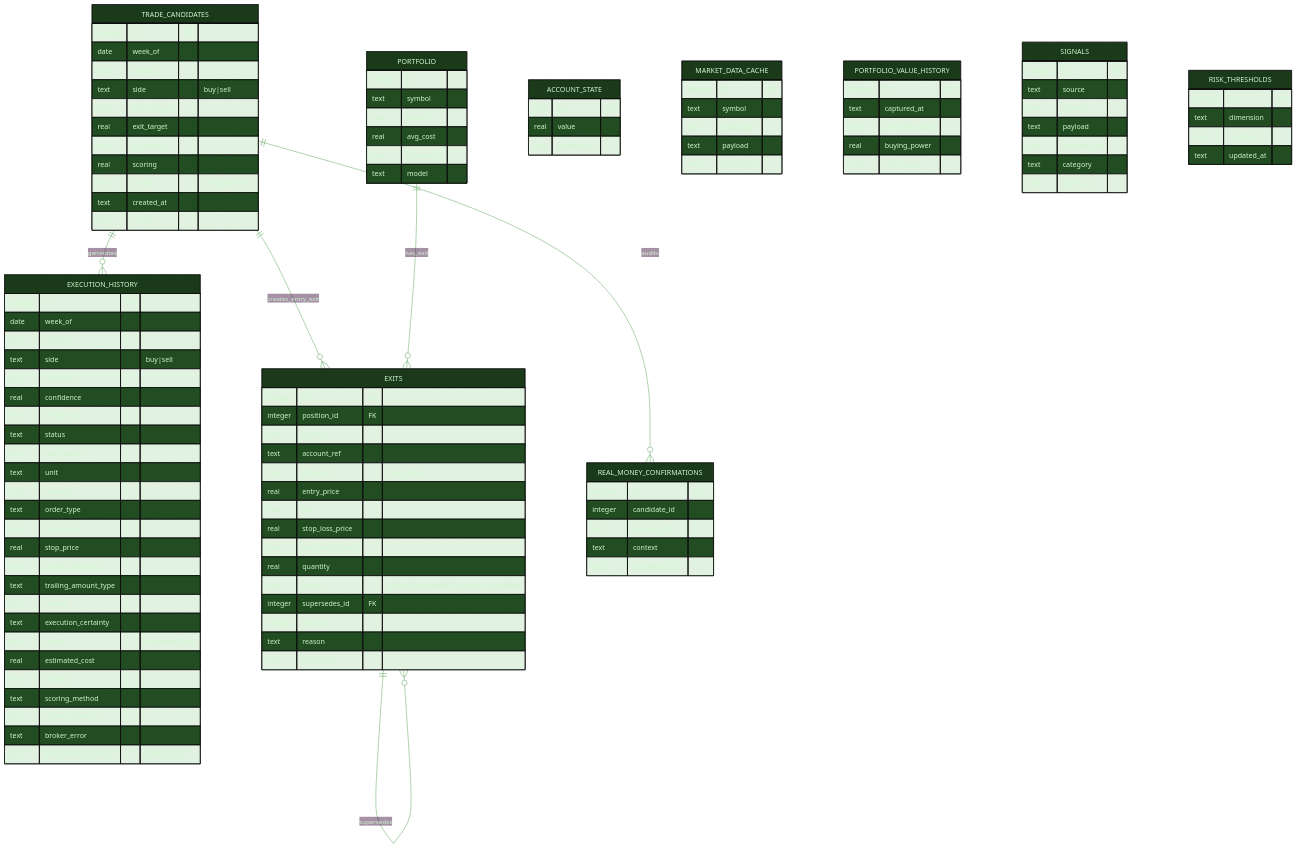
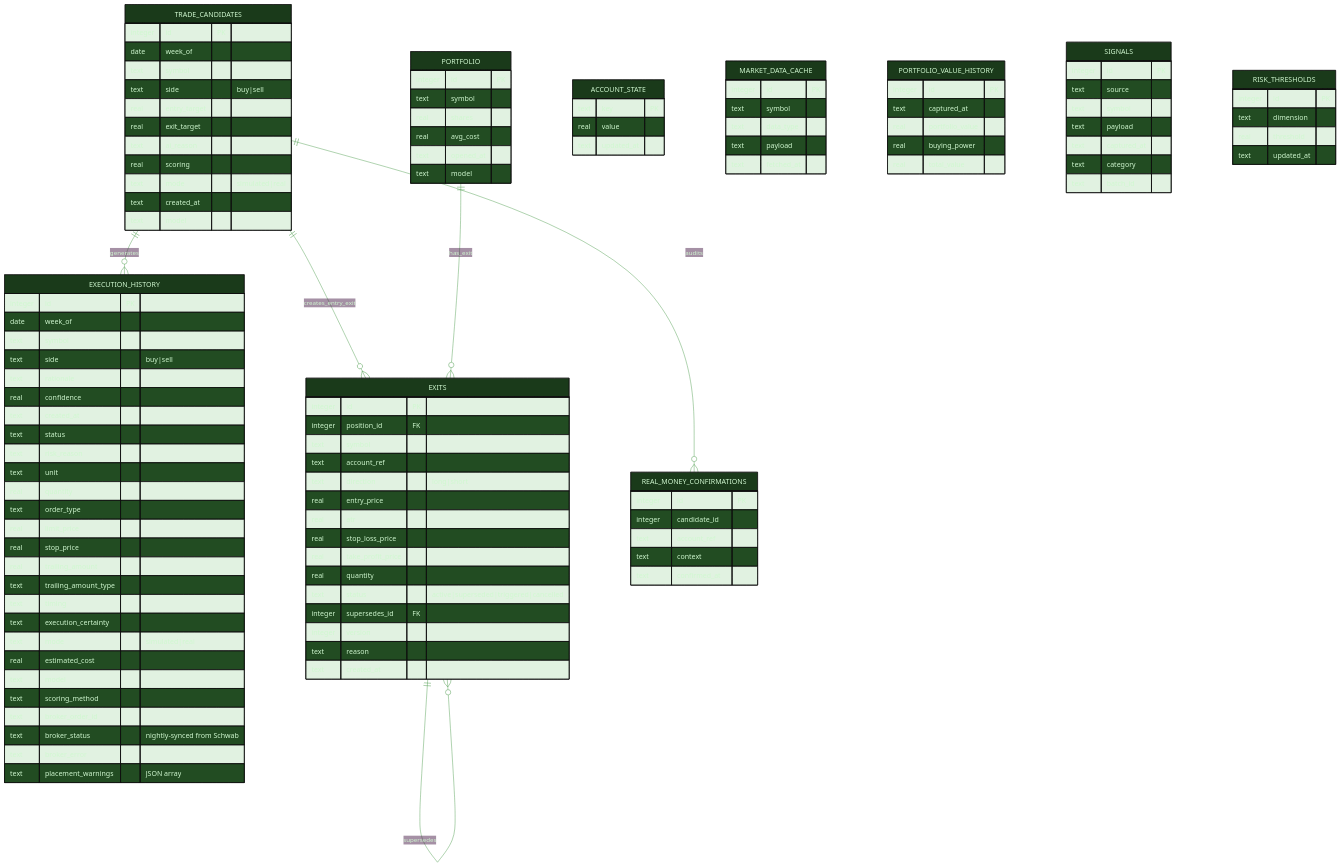
The diagram in diagrams/capital-db-schema.mmd (tylerdrakemusic/-Workspace), drawn with Mermaid before and after one commit. The commit also changed 1 other file, not shown here.

Commit message:
FR-20260803-sigmacapital-order-reconciliation: update arch diagrams
- capital-db-schema.mmd: add broker_status column to execution_history
- capital-architecture.mmd: add reconcile_orders.py nightly process node

```diff
--- a/diagrams/capital-db-schema.mmd
+++ b/diagrams/capital-db-schema.mmd
@@ -1,127 +1,128 @@
 %%{init: {'theme': 'base', 'themeVariables': {'primaryColor': '#1a3a1a', 'primaryTextColor': '#d0f8d0', 'edgeLabelBackground': '#0f1318', 'lineColor': '#4a9a4a'}}}%%
 erDiagram
     TRADE_CANDIDATES ||--o{ EXECUTION_HISTORY : generates
     TRADE_CANDIDATES ||--o{ EXITS : creates_entry_exit
     PORTFOLIO ||--o{ EXITS : has_exit
     EXITS ||--o{ EXITS : supersedes
     TRADE_CANDIDATES ||--o{ REAL_MONEY_CONFIRMATIONS : audits
 
     PORTFOLIO {
         integer id PK
         text symbol
         real shares
         real avg_cost
         text opened_at
         text model
     }
     ACCOUNT_STATE {
         text key PK
         real value
         text updated_at
     }
     EXECUTION_HISTORY {
         integer id PK
         date week_of
         text symbol
         text side "buy|sell"
         text rationale
         real confidence
         text created_at
         text status
         text risk_reason
         text unit
         real quantity
         text order_type
         real limit_price
         real stop_price
         real trailing_amount
         text trailing_amount_type
         text timing
         text execution_certainty
         text mode "simulated|real"
         real estimated_cost
         text model
         text scoring_method
         text broker_order_id
+        text broker_status "nightly-synced from Schwab"
         text broker_error
         text placement_warnings "JSON array"
     }
     MARKET_DATA_CACHE {
         integer id PK
         text symbol
         text data_type
         text payload
         text fetched_at
     }
     PORTFOLIO_VALUE_HISTORY {
         integer id PK
         text captured_at
         real portfolio_value
         real buying_power
         real total_value
     }
     SIGNALS {
         integer id PK
         text source
         text symbol
         text payload
         text captured_at
         text category
         text batch_id
     }
     RISK_THRESHOLDS {
         integer id PK
         text dimension
         real threshold
         text updated_at
     }
     TRADE_CANDIDATES {
         integer id PK
         date week_of
         text symbol
         text side "buy|sell"
         real entry_target
         real exit_target
         text ai_reason
         real scoring
         text mode "simulated|real"
         text created_at
         text model
     }
     EXITS {
         integer id PK
         integer position_id FK
         text symbol
         text account_ref
         text direction "long|short"
         real entry_price
         real atr
         real stop_loss_price
         real take_profit_price
         real quantity
         text status "active|superseded|triggered|cancelled"
         integer supersedes_id FK
         integer version
         text reason
         text created_at
     }
 
     %% EXITS (FR-20260704): per-position exit strategy rows — ATR-based stop/target,
     %% short-mirror direction support, supersede chain for re-evaluated thresholds,
     %% max-hold forced exit and partial/tranche closes tracked via version+status
     REAL_MONEY_CONFIRMATIONS {
         integer id PK
         integer candidate_id
         text account_ref
         text context
         text confirmed_at
     }
 
     %% sigmacapital.db — SQLCipher, key=SIGMACAPITAL_DB_KEY
     %% CHECK constraints enforce side ∈ {buy,sell} and mode ∈ {sim,real}
     %% mode='real' reserved for future FR after broker-API compliance review
     %% model column (FR-20260627): per-pick LLM provenance — legacy portfolio/execution rows backfilled to 'raptor', legacy candidates left NULL
     %% mode='real' authorized (charter amended, broker-API compliance review complete)
     %% for the single dedicated low-risk account; M2 live order placement ACTIVE
     %% (FR-20260801-sigmacapital-real-order-placement): broker_order_id / broker_error /
     %% placement_warnings capture the Schwab placement outcome per execution row
```
